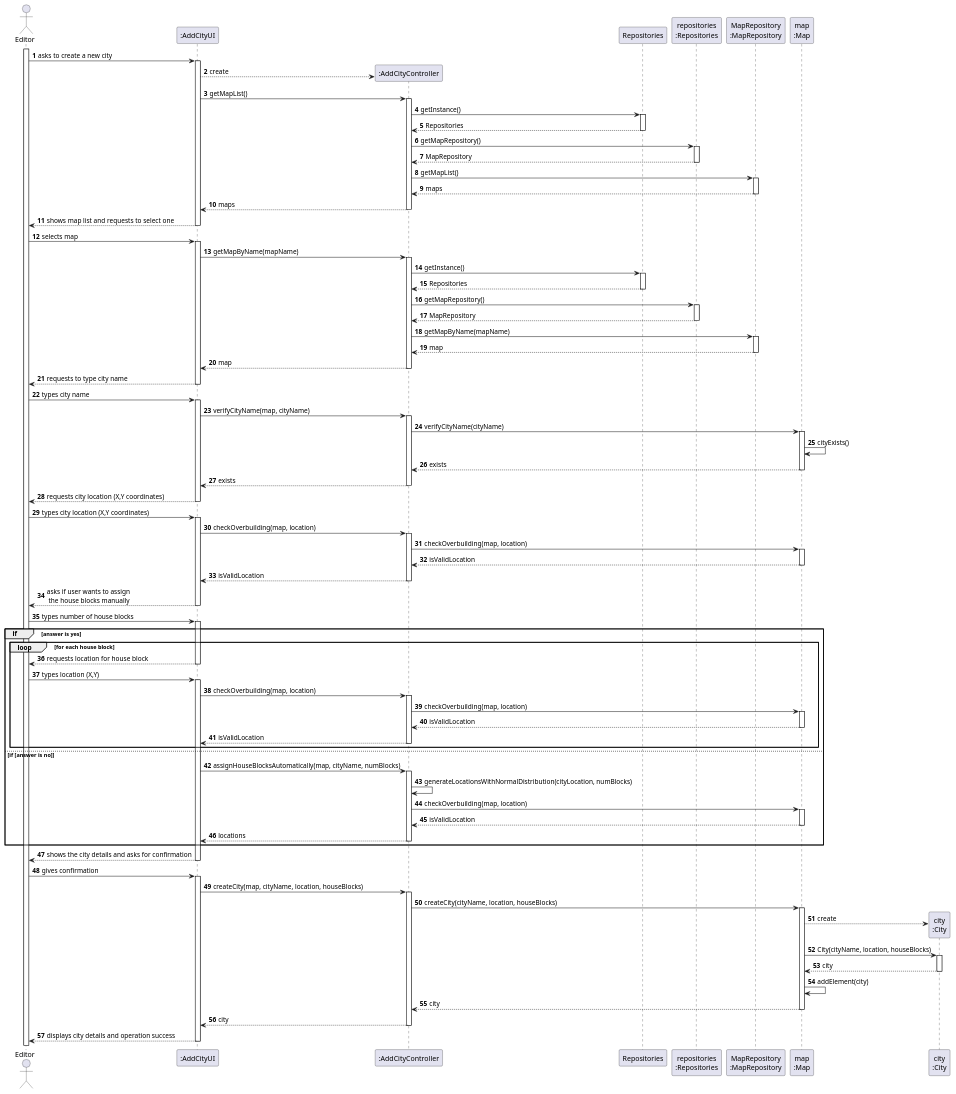
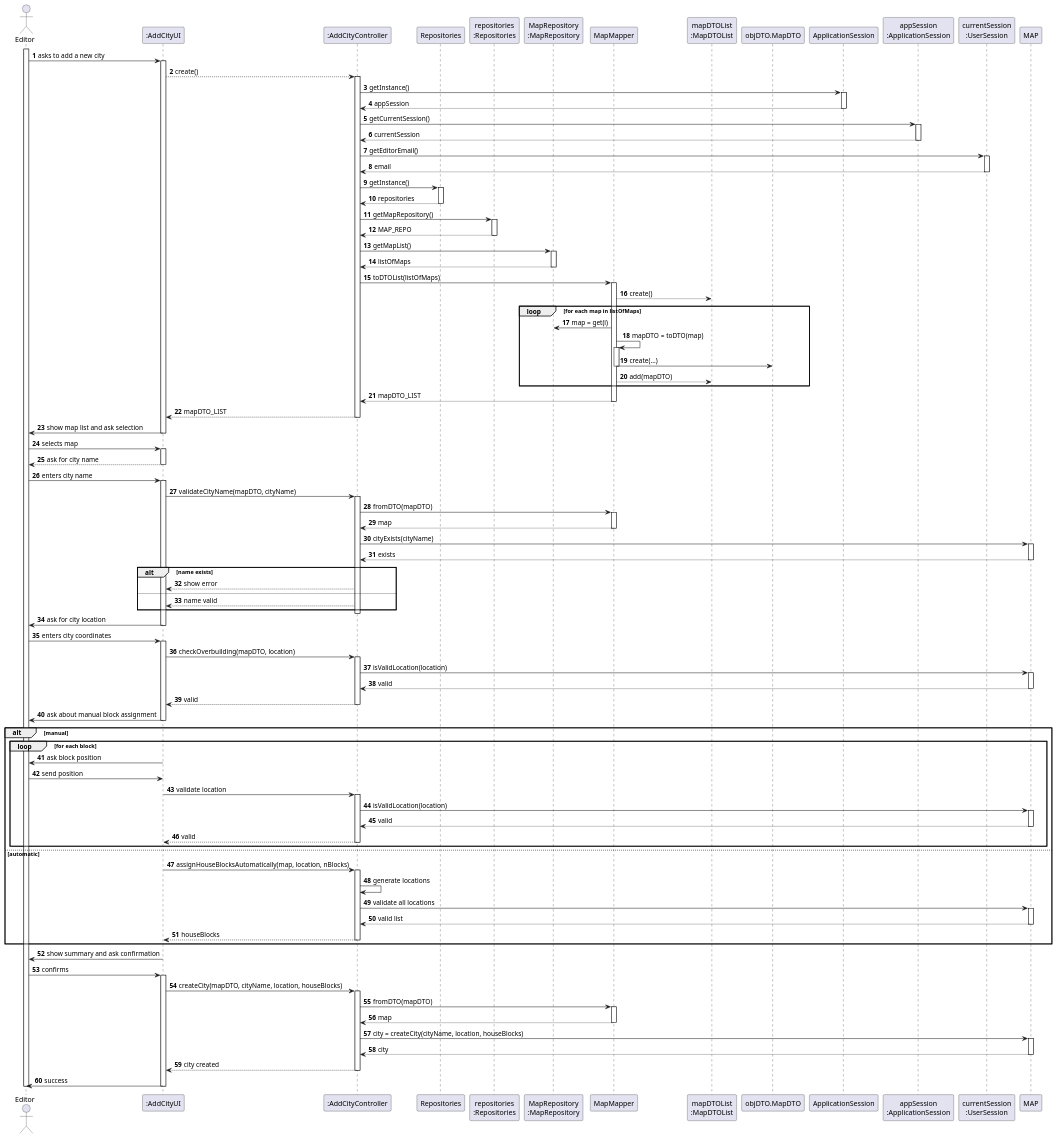
The diagram in docs/system-documentation/sprint 3/US03/03.design/puml/US003-SD-full.puml (Educ00/mdisc-2425), drawn with PlantUML before and after one commit. The commit also changed 9 other files, not shown here.

```diff
--- a/docs/system-documentation/sprint 3/US03/03.design/puml/US003-SD-full.puml
+++ b/docs/system-documentation/sprint 3/US03/03.design/puml/US003-SD-full.puml
@@ -1,182 +1,175 @@
 @startuml
-'skinparam monochrome true
 skinparam packageStyle rectangle
 skinparam shadowing false
-
 autonumber
 
-'hide footbox
-actor "Editor" as Editor
+actor "Editor" as EDITOR
 participant ":AddCityUI" as UI
 participant ":AddCityController" as CTRL
 participant "Repositories" as REPOS
 participant "repositories\n:Repositories" as REPOS_SINGLETON
 participant "MapRepository\n:MapRepository" as MAP_REPO
-participant "map\n:Map" as MAP
-participant "city\n:City" as CITY
+participant "MapMapper" as MAP_MAPPER
+participant "mapDTOList\n:MapDTOList" as DTO_LIST
+participant "objDTO.MapDTO" as MAP_DTO
+participant "ApplicationSession" as APP_SESSION
+participant "appSession\n:ApplicationSession" as APP_SESSION_SINGLETON
+participant "currentSession\n:UserSession" as CURRENT_SESSION
 
-activate Editor
 
-    Editor -> UI : asks to create a new city
-    activate UI
+activate EDITOR
+EDITOR -> UI : asks to add a new city
+activate UI
+UI --> CTRL : create()
+activate CTRL
 
-UI --> CTRL** : create
 
-UI -> CTRL : getMapList()
-    activate CTRL
+CTRL -> APP_SESSION: getInstance()
+activate APP_SESSION
+APP_SESSION --> CTRL: appSession
+deactivate APP_SESSION
+
+CTRL -> APP_SESSION_SINGLETON: getCurrentSession()
+activate APP_SESSION_SINGLETON
+APP_SESSION_SINGLETON --> CTRL: currentSession
+deactivate APP_SESSION_SINGLETON
+
+CTRL -> CURRENT_SESSION: getEditorEmail()
+activate CURRENT_SESSION
+CURRENT_SESSION --> CTRL: email
+deactivate CURRENT_SESSION
+
+
 CTRL -> REPOS : getInstance()
 activate REPOS
-
-REPOS --> CTRL : Repositories
+REPOS --> CTRL : repositories
 deactivate REPOS
 
 CTRL -> REPOS_SINGLETON : getMapRepository()
 activate REPOS_SINGLETON
+REPOS_SINGLETON --> CTRL : MAP_REPO
+deactivate REPOS_SINGLETON
 
-REPOS_SINGLETON --> CTRL : MapRepository
-deactivate REPOS_SINGLETON
 CTRL -> MAP_REPO : getMapList()
 activate MAP_REPO
-
-    MAP_REPO --> CTRL : maps
+MAP_REPO --> CTRL : listOfMaps
 deactivate MAP_REPO
 
-    CTRL --> UI : maps
+CTRL -> MAP_MAPPER : toDTOList(listOfMaps)
+activate MAP_MAPPER
+MAP_MAPPER --> DTO_LIST : create()
+
+loop for each map in listOfMaps
+    MAP_MAPPER -> MAP_REPO : map = get(i)
+    MAP_MAPPER -> MAP_MAPPER : mapDTO = toDTO(map)
+    activate MAP_MAPPER
+    MAP_MAPPER -> MAP_DTO : create(...)
+    deactivate MAP_MAPPER
+    MAP_MAPPER --> DTO_LIST : add(mapDTO)
+end loop
+
+MAP_MAPPER --> CTRL : mapDTO_LIST
+deactivate MAP_MAPPER
+
+CTRL --> UI : mapDTO_LIST
 deactivate CTRL
-        UI --> Editor : shows map list and requests to select one
-    deactivate UI
 
-        Editor -> UI : selects map
-        activate UI
+UI -> EDITOR : show map list and ask selection
+deactivate UI
 
-        UI -> CTRL : getMapByName(mapName)
+
+EDITOR -> UI : selects map
+activate UI
+UI --> EDITOR : ask for city name
+deactivate UI
+
+EDITOR -> UI : enters city name
+activate UI
+UI -> CTRL : validateCityName(mapDTO, cityName)
 activate CTRL
 
-CTRL -> REPOS : getInstance()
-activate REPOS
+CTRL -> MAP_MAPPER : fromDTO(mapDTO)
+activate MAP_MAPPER
+MAP_MAPPER --> CTRL : map
+deactivate MAP_MAPPER
 
-REPOS --> CTRL : Repositories
-deactivate REPOS
+CTRL -> MAP : cityExists(cityName)
+activate MAP
+MAP --> CTRL : exists
+deactivate MAP
 
-CTRL -> REPOS_SINGLETON : getMapRepository()
-activate REPOS_SINGLETON
+alt name exists
+    CTRL --> UI : show error
+else
+    CTRL --> UI : name valid
+end
+deactivate CTRL
 
-REPOS_SINGLETON --> CTRL : MapRepository
-deactivate REPOS_SINGLETON
-CTRL -> MAP_REPO : getMapByName(mapName)
-activate MAP_REPO
-MAP_REPO --> CTRL : map
-deactivate MAP_REPO
-CTRL --> UI : map
+UI -> EDITOR : ask for city location
+deactivate UI
+
+EDITOR -> UI : enters city coordinates
+activate UI
+UI -> CTRL : checkOverbuilding(mapDTO, location)
+activate CTRL
+CTRL -> MAP : isValidLocation(location)
+activate MAP
+MAP --> CTRL : valid
+deactivate MAP
+CTRL --> UI : valid
 deactivate CTRL
-        UI --> Editor : requests to type city name
-    deactivate UI
 
-    Editor -> UI : types city name
-    activate UI
+UI -> EDITOR : ask about manual block assignment
+deactivate UI
 
-UI -> CTRL : verifyCityName(map, cityName)
+
+alt manual
+    loop for each block
+        UI -> EDITOR : ask block position
+        EDITOR -> UI : send position
+        UI -> CTRL : validate location
+        activate CTRL
+        CTRL -> MAP : isValidLocation(location)
+        activate MAP
+        MAP --> CTRL : valid
+        deactivate MAP
+        CTRL --> UI : valid
+        deactivate CTRL
+    end loop
+else automatic
+    UI -> CTRL : assignHouseBlocksAutomatically(map, location, nBlocks)
+    activate CTRL
+    CTRL -> CTRL : generate locations
+    CTRL -> MAP : validate all locations
+    activate MAP
+    MAP --> CTRL : valid list
+    deactivate MAP
+    CTRL --> UI : houseBlocks
+    deactivate CTRL
+end
+
+UI -> EDITOR : show summary and ask confirmation
+deactivate UI
+
+EDITOR -> UI : confirms
+activate UI
+UI -> CTRL : createCity(mapDTO, cityName, location, houseBlocks)
 activate CTRL
 
-CTRL -> MAP : verifyCityName(cityName)
+CTRL -> MAP_MAPPER : fromDTO(mapDTO)
+activate MAP_MAPPER
+MAP_MAPPER --> CTRL : map
+deactivate MAP_MAPPER
+
+CTRL -> MAP : city = createCity(cityName, location, houseBlocks)
 activate MAP
-MAP -> MAP : cityExists()
-MAP --> CTRL : exists
-deactivate MAP
-CTRL --> UI : exists
-
-deactivate CTRL
-
-        UI --> Editor : requests city location (X,Y coordinates)
-    deactivate UI
-
-    deactivate UI
-    Editor -> UI : types city location (X,Y coordinates)
-    activate UI
-
-    UI  -> CTRL : checkOverbuilding(map, location)
-    activate CTRL
-    ' Verifica se a posição da cidade é válida
-    CTRL -> MAP : checkOverbuilding(map, location)
-    activate MAP
-
-    MAP --> CTRL : isValidLocation
-    deactivate MAP
-
-    CTRL --> UI : isValidLocation
-
-        deactivate CTRL
-
-        UI --> Editor : asks if user wants to assign\n the house blocks manually
-    deactivate UI
-
-    Editor -> UI : types number of house blocks
-group if [answer is yes]
-    activate UI
-
-
-    loop for each house block
-    UI --> Editor : requests location for house block
-    deactivate UI
-        Editor -> UI : types location (X,Y)
-        activate UI
-
-        UI -> CTRL : checkOverbuilding(map, location)
-        activate CTRL
-
-        CTRL -> MAP : checkOverbuilding(map, location)
-        activate MAP
-
-        MAP --> CTRL : isValidLocation
-        deactivate MAP
- CTRL --> UI : isValidLocation
-        deactivate CTRL
-
-
-    end loop
-'end loop
-
-else if [answer is no]
-UI -> CTRL : assignHouseBlocksAutomatically(map, cityName, numBlocks)
-activate CTRL
-
-CTRL -> CTRL : generateLocationsWithNormalDistribution(cityLocation, numBlocks)
-CTRL -> MAP : checkOverbuilding(map, location)
-activate MAP
-
-MAP --> CTRL : isValidLocation
-deactivate MAP
-
-CTRL --> UI : locations
-deactivate CTRL
-
-end if
-UI --> Editor : shows the city details and asks for confirmation
-    deactivate UI
-
-    Editor -> UI : gives confirmation
-    activate UI
-
-UI -> CTRL : createCity(map, cityName, location, houseBlocks)
-activate CTRL
-
-CTRL -> MAP : createCity(cityName, location, houseBlocks)
-activate MAP
-
-MAP --> CITY** : create
-MAP -> CITY : City(cityName, location, houseBlocks)
-activate CITY
-
-CITY --> MAP : city
-deactivate CITY
-
-MAP -> MAP : addElement(city)
 MAP --> CTRL : city
 deactivate MAP
 
-CTRL --> UI : city
+CTRL --> UI : city created
 deactivate CTRL
 
-        UI --> Editor : displays city details and operation success
-    deactivate UI
+UI -> EDITOR : success
+deactivate UI
+deactivate EDITOR
 @enduml
```
